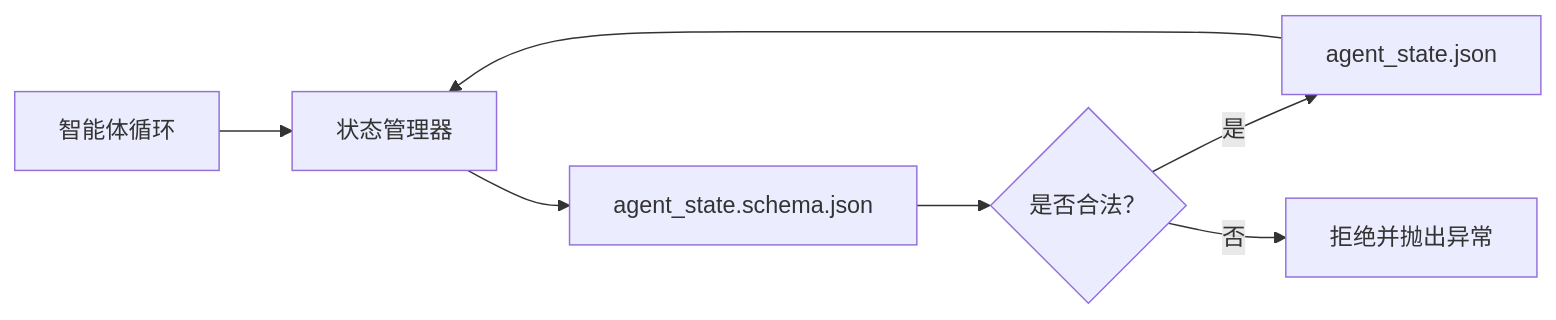
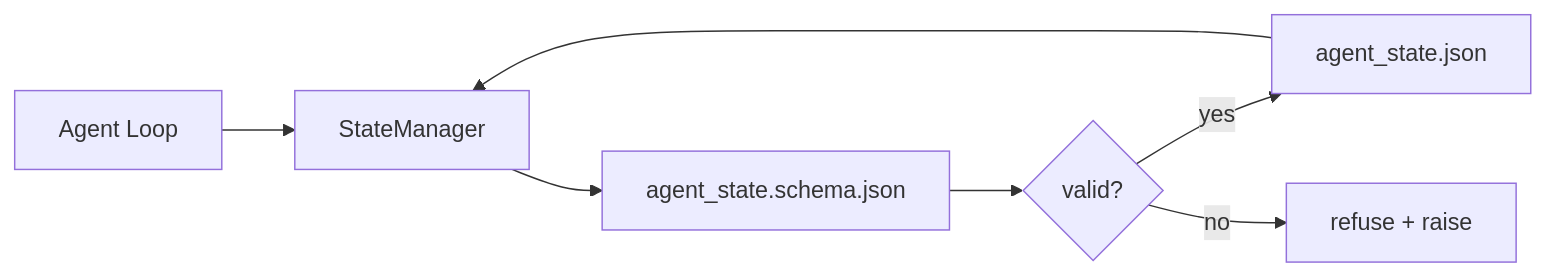
Before and after one commit to xiaojiaenen/ai-engineering-from-scratch-zh: the diagram in i18n/zh/phases/14-agent-engineering/34-repo-memory-and-state/docs/zh.md, drawn with Mermaid. The commit also changed other lines of this file and 54 other files, not shown here.

````diff
--- a/i18n/zh/phases/14-agent-engineering/34-repo-memory-and-state/docs/zh.md
+++ b/i18n/zh/phases/14-agent-engineering/34-repo-memory-and-state/docs/zh.md
@@ -25,9 +25,9 @@
 ```mermaid
 flowchart LR
-  Agent[智能体循环] --> Manager[状态管理器]
+  Agent[Agent Loop] --> Manager[StateManager]
   Manager --> Schema[agent_state.schema.json]
-  Schema --> Validate{是否合法？}
-  Validate -- 是 --> Write[agent_state.json]
-  Validate -- 否 --> Reject[拒绝并抛出异常]
+  Schema --> Validate{valid?}
+  Validate -- yes --> Write[agent_state.json]
+  Validate -- no --> Reject[refuse + raise]
   Write --> Manager
 ```
````
